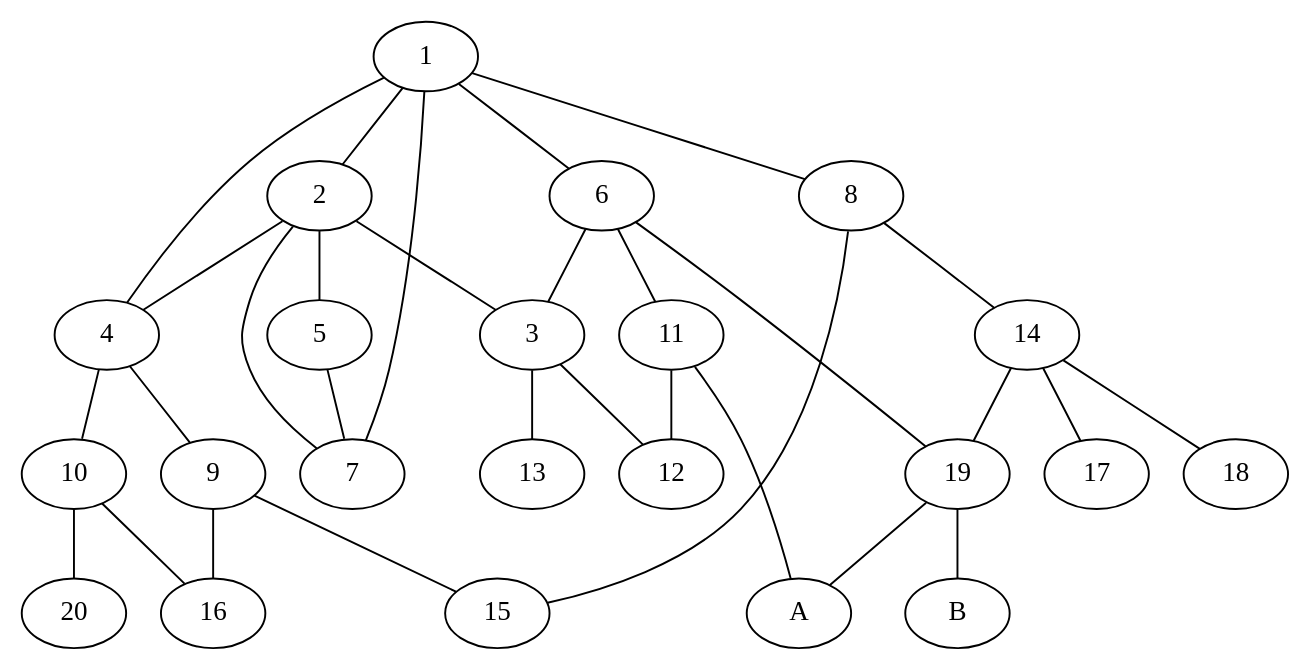
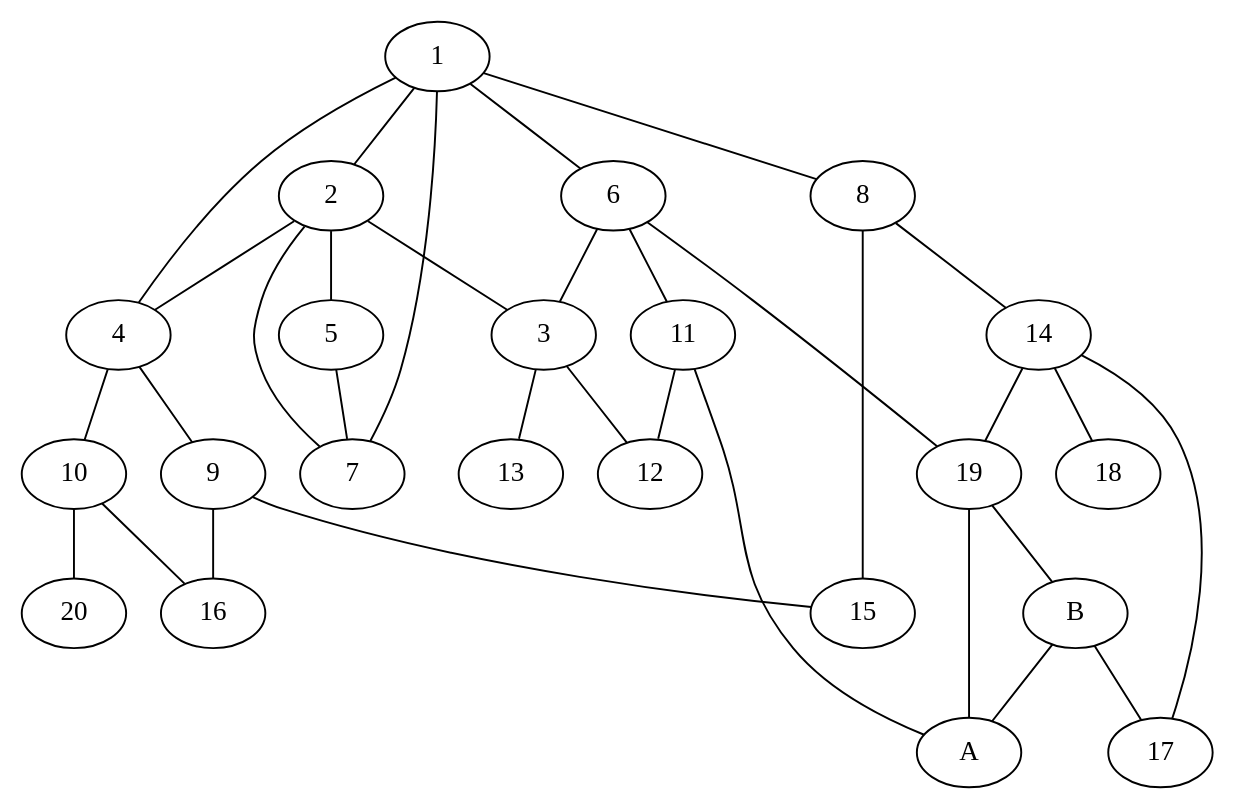
The diagram in GraphsFiles/biGraph1.dot (MarkmanGilad/Graph), drawn with Graphviz before and after one commit. The commit also changed 39 other files, not shown here.

```diff
--- a/GraphsFiles/biGraph1.dot
+++ b/GraphsFiles/biGraph1.dot
@@ -1,14 +1,15 @@
 strict graph G {
 	1 -- {2 , 4 , 6, 7, 8}
     2 -- {3, 4, 5, 7};
 	4 -- {9 , 10};
     5 -- {7};
 	6 -- {3, 11, 19};
 	8 -- {14, 15};
     3 -- {13, 12};
     10 -- {16, 20};
     14 -- {17, 18, 19};
     19 -- {A, B};
     11 -- {12, A};
     9 -- {15, 16};
+    B -- {17, A}
 }
```
